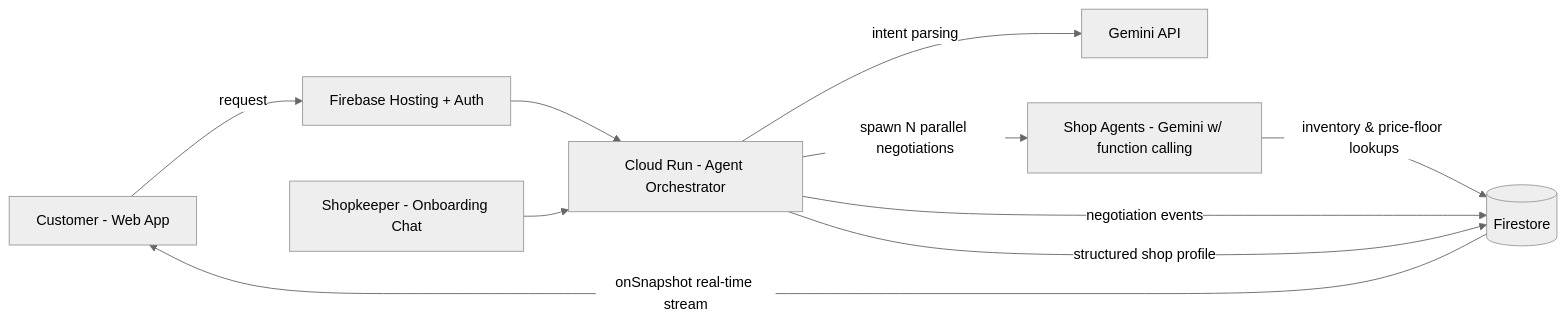
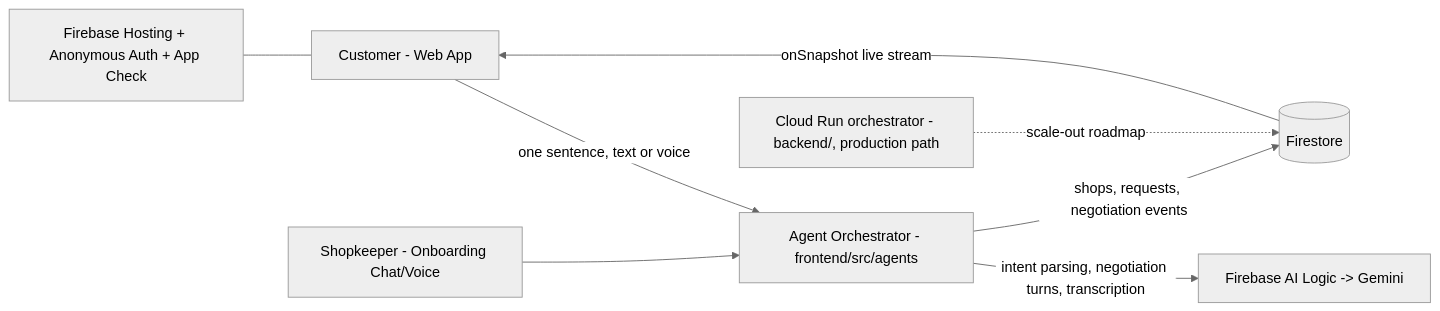
The diagram in BAZAAR_MASTER_PLAN.md (Vaisalini/bazaar), drawn with Mermaid (neutral theme) before and after one commit. The commit also changed other lines of this file and 5 other files, not shown here.

Commit message:
Align docs with shipped Firebase AI Logic stack; clean boilerplate assets; Bazaar favicon

````diff
--- a/BAZAAR_MASTER_PLAN.md
+++ b/BAZAAR_MASTER_PLAN.md
@@ -134,12 +136,10 @@
 ```mermaid
 flowchart LR
-    U[Customer - Web App] -->|request| H[Firebase Hosting + Auth]
-    H --> CR[Cloud Run - Agent Orchestrator]
-    CR -->|intent parsing| G[Gemini API]
-    CR -->|spawn N parallel negotiations| SA[Shop Agents - Gemini w/ function calling]
-    SA -->|inventory & price-floor lookups| FS[(Firestore)]
-    CR -->|negotiation events| FS
-    FS -->|onSnapshot real-time stream| U
-    SK[Shopkeeper - Onboarding Chat] --> CR
-    CR -->|structured shop profile| FS
+    U[Customer - Web App] -->|one sentence, text or voice| O[Agent Orchestrator - frontend/src/agents]
+    SK[Shopkeeper - Onboarding Chat/Voice] --> O
+    H[Firebase Hosting + Anonymous Auth + App Check] --- U
+    O -->|intent parsing, negotiation turns, transcription| AI[Firebase AI Logic -> Gemini]
+    O -->|shops, requests, negotiation events| FS[(Firestore)]
+    FS -->|onSnapshot live stream| U
+    CR[Cloud Run orchestrator - backend/, production path] -.scale-out roadmap.-> FS
 ```
````
